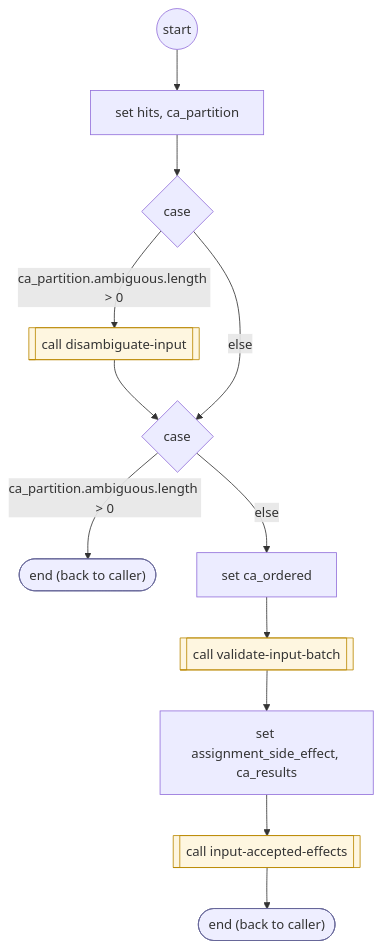
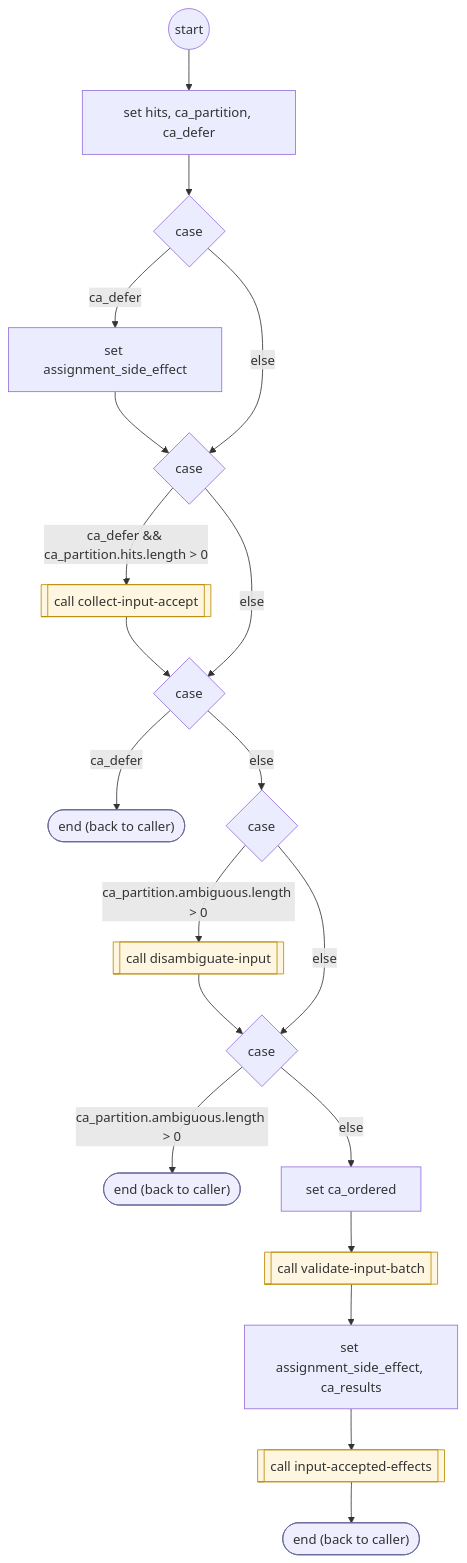
Before and after one commit to ronpinkas/jsfe: the diagram in docs/flows/system/collect-input-accept.md, drawn with Mermaid. The commit also changed other lines of this file and 10 other files, not shown here.

Commit message:
jsfe flows: reference copy of the prod shared sets from AIDevelopment cab71fe

````diff
--- a/docs/flows/system/collect-input-accept.md
+++ b/docs/flows/system/collect-input-accept.md
@@ -16,34 +16,50 @@
 ```mermaid
 flowchart TD
    START(("start"))
-   n0["set hits, ca_partition"]
+   n0["set hits, ca_partition, ca_defer"]
    START --> n0
    c1{"case"}
    n0 --> c1
-   b2[["call disambiguate-input"]]
-   class b2 flowstep
-   c1 -- "ca_partition.ambiguous.length #gt; 0" --> b2
+   b2["set assignment_side_effect"]
+   c1 -- "ca_defer" --> b2
    c3{"case"}
    b2 --> c3
    c1 -- "else" --> c3
-   b4(["end (back to caller)"])
-   class b4 endstep
-   c3 -- "ca_partition.ambiguous.length #gt; 0" --> b4
-   n5["set ca_ordered"]
-   c3 -- "else" --> n5
-   n6[["call validate-input-batch"]]
-   class n6 flowstep
-   n5 --> n6
-   n7["set assignment_side_effect, ca_results"]
-   n6 --> n7
-   n8[["call input-accepted-effects"]]
-   class n8 flowstep
-   n7 --> n8
+   b4[["call collect-input-accept"]]
+   class b4 flowstep
+   c3 -- "ca_defer && ca_partition.hits.length #gt; 0" --> b4
+   c5{"case"}
+   b4 --> c5
+   c3 -- "else" --> c5
+   b6(["end (back to caller)"])
+   class b6 endstep
+   c5 -- "ca_defer" --> b6
+   c7{"case"}
+   c5 -- "else" --> c7
+   b8[["call disambiguate-input"]]
+   class b8 flowstep
+   c7 -- "ca_partition.ambiguous.length #gt; 0" --> b8
+   c9{"case"}
+   b8 --> c9
+   c7 -- "else" --> c9
+   b10(["end (back to caller)"])
+   class b10 endstep
+   c9 -- "ca_partition.ambiguous.length #gt; 0" --> b10
+   n11["set ca_ordered"]
+   c9 -- "else" --> n11
+   n12[["call validate-input-batch"]]
+   class n12 flowstep
+   n11 --> n12
+   n13["set assignment_side_effect, ca_results"]
+   n12 --> n13
+   n14[["call input-accepted-effects"]]
+   class n14 flowstep
+   n13 --> n14
    DONE(["end (back to caller)"])
    class DONE endstep
-   n8 --> DONE
+   n14 --> DONE
    classDef endstep fill:#eef,stroke:#669
    classDef toolstep fill:#efe,stroke:#696
    classDef flowstep fill:#fef6e0,stroke:#b80
    classDef inputstep fill:#f3eefc,stroke:#75a
 ```
````
